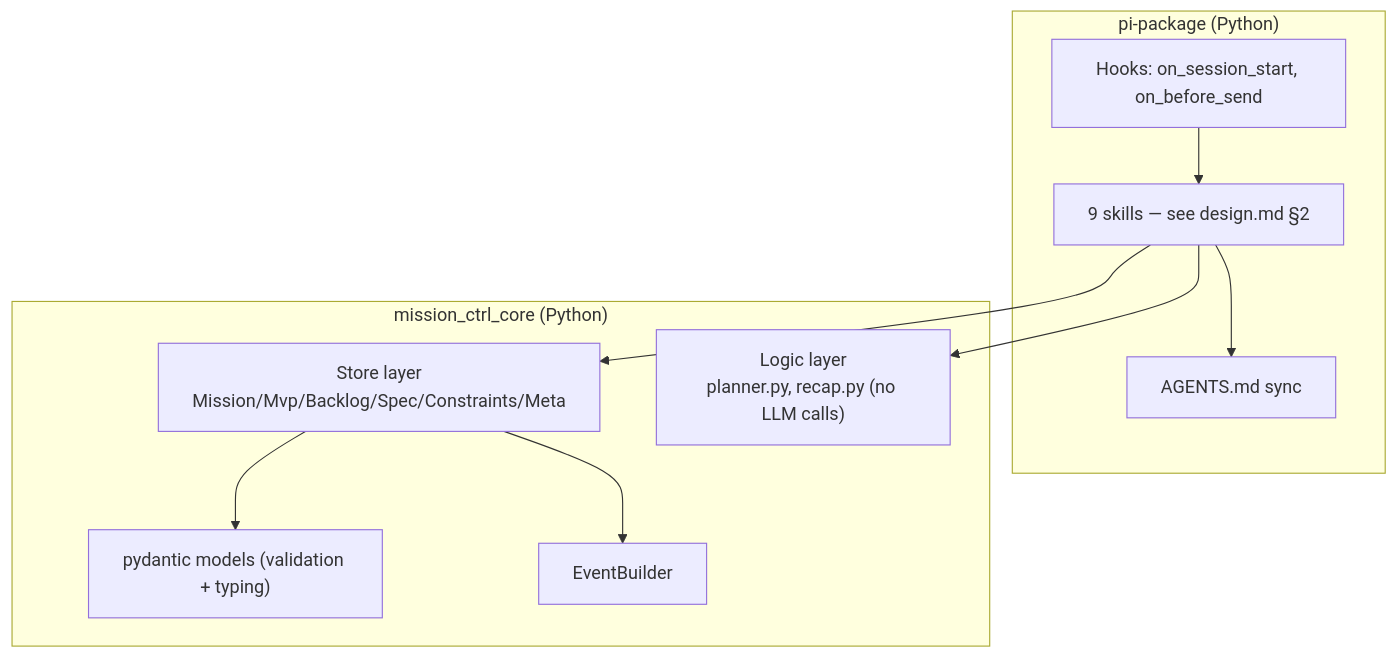
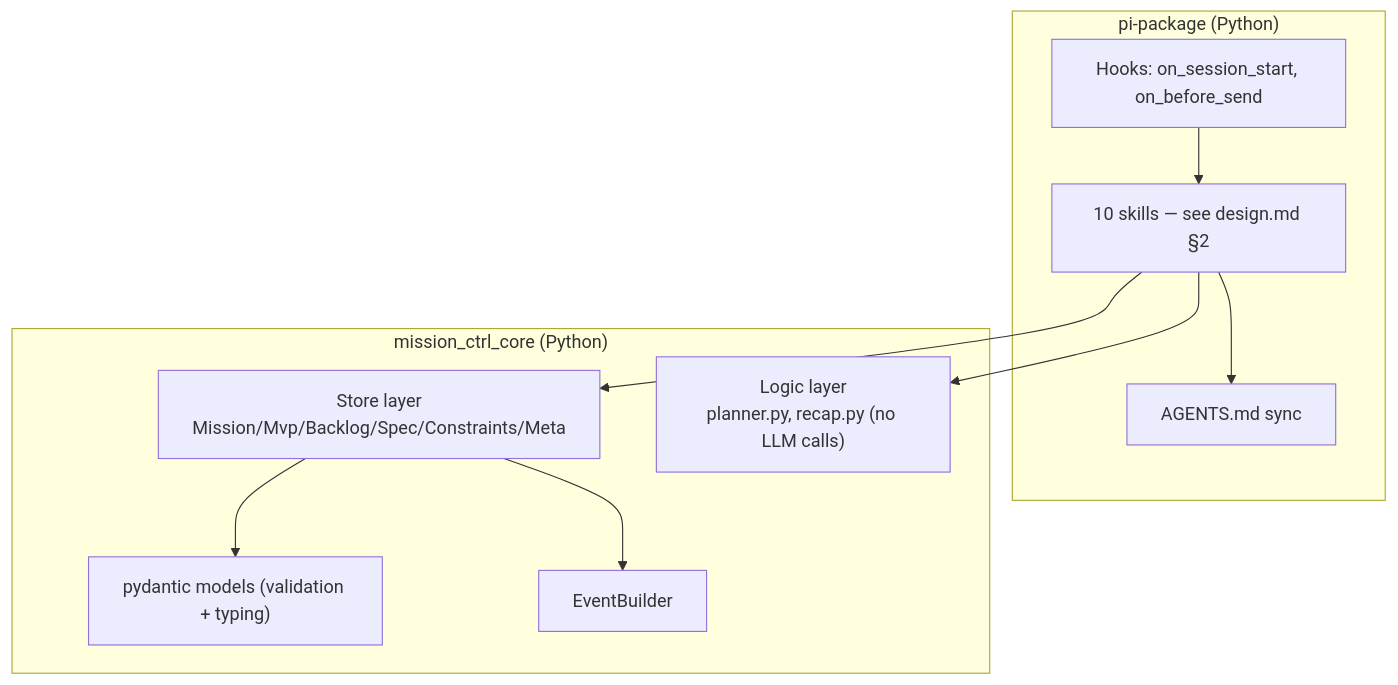
Before and after one commit to sdevikar/mission-ctrl: the second of 4 diagrams in docs/architecture.md, drawn with Mermaid. The commit also changed other lines of this file and 4 other files, not shown here.

Commit message:
Retire roadmap.md (superseded by kanban.md); fix dangling refs; align skill count to 10 (add intent:recap to M2)

````diff
--- a/docs/architecture.md
+++ b/docs/architecture.md
@@ -37,22 +37,22 @@
 ```mermaid
 flowchart TB
     subgraph PiPackage["pi-package (Python)"]
         Hooks["Hooks: on_session_start, on_before_send"]
-        Skills["9 skills — see design.md §2"]
+        Skills["10 skills — see design.md §2"]
         Sync["AGENTS.md sync"]
     end
 
     subgraph Core["mission_ctrl_core (Python)"]
         Store["Store layer\nMission/Mvp/Backlog/Spec/Constraints/Meta"]
         Logic["Logic layer\nplanner.py, recap.py (no LLM calls)"]
         Schema["pydantic models (validation + typing)"]
         EventB["EventBuilder"]
     end
 
     Skills --> Store
     Skills --> Logic
     Store --> Schema
     Store --> EventB
     Hooks --> Skills
     Skills --> Sync
 ```
````
